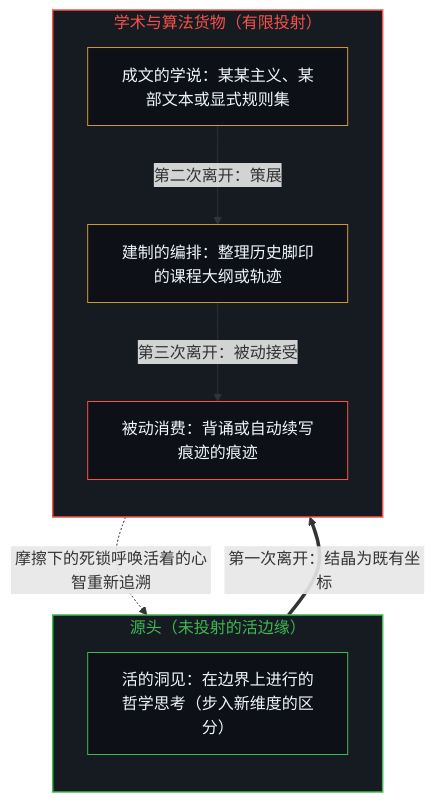
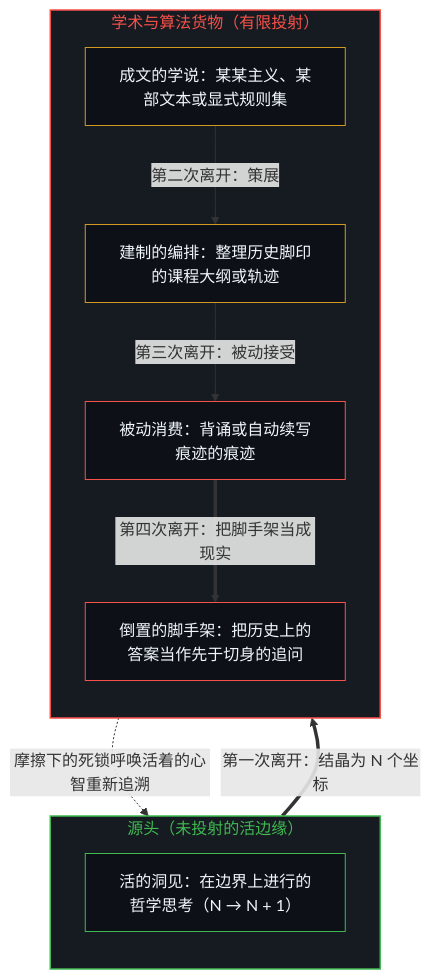
One commit to powerpig99/not-a-toe changed the first of 2 diagrams in content/posts/the-unclosable-trace.md. Above: the diagram before and after it, drawn with Mermaid. The commit also changed other lines of this file and 13 other files, not shown here.

````diff
--- a/content/posts/the-unclosable-trace.md
+++ b/content/posts/the-unclosable-trace.md
@@ -91,23 +81,26 @@
 ```mermaid
 flowchart TD
     subgraph S_Source["源头（未投射的活边缘）"]
         direction TB
-        L1["活的洞见：在边界上进行的哲学思考（步入新维度的区分）"]
+        L1["活的洞见：在边界上进行的哲学思考（N → N + 1）"]
     end
     subgraph S_Cargo["学术与算法货物（有限投射）"]
         direction TB
         L2["成文的学说：某某主义、某部文本或显式规则集"]
         L3["建制的编排：整理历史脚印的课程大纲或轨迹"]
         L4["被动消费：背诵或自动续写痕迹的痕迹"]
+        L5["倒置的脚手架：把历史上的答案当作先于切身的追问"]
     end
-    L1 ==>|"第一次离开：结晶为既有坐标"| L2
+    L1 ==>|"第一次离开：结晶为 N 个坐标"| L2
     L2 -->|"第二次离开：策展"| L3
     L3 -->|"第三次离开：被动接受"| L4
-    L4 -.->|"摩擦下的死锁呼唤活着的心智重新追溯"| L1
+    L4 ==>|"第四次离开：把脚手架当成现实"| L5
+    L5 -.->|"摩擦下的死锁呼唤活着的心智重新追溯"| L1
     style S_Source fill:#161b22,stroke:#3fb950,stroke-width:1.5px,color:#3fb950
     style S_Cargo fill:#161b22,stroke:#f85149,stroke-width:1.5px,color:#f85149
     style L1 fill:#0d1117,stroke:#3fb950,stroke-width:1px,color:#f0f6fc
     style L2 fill:#0d1117,stroke:#d29922,stroke-width:1px,color:#f0f6fc
     style L3 fill:#0d1117,stroke:#d29922,stroke-width:1px,color:#f0f6fc
     style L4 fill:#0d1117,stroke:#f85149,stroke-width:1px,color:#f0f6fc
+    style L5 fill:#0d1117,stroke:#f85149,stroke-width:1px,color:#f0f6fc
 ```
````
